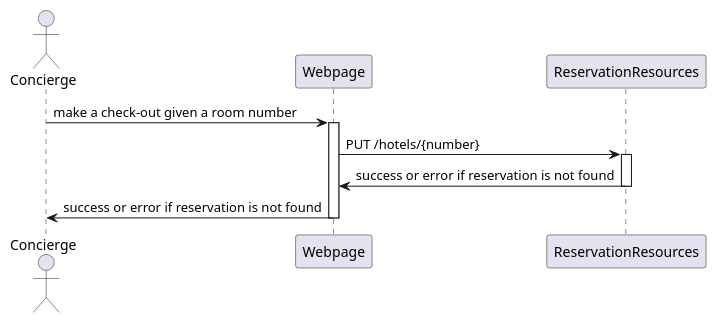
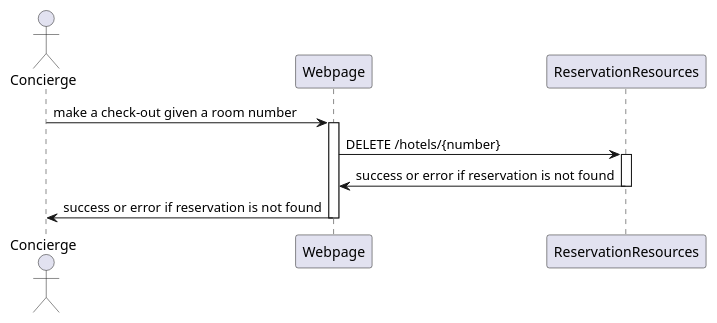
One commit to dearrudam/workshop-quarkus-jnosql-quarkus-club changed the diagram in doc/check-out.puml. Above: the diagram before and after it, drawn with PlantUML. The commit also changed 1 other file, not shown here.

```diff
--- a/doc/check-out.puml
+++ b/doc/check-out.puml
@@ -1,15 +1,15 @@
 @startuml
 
 actor Concierge
 
 
 Concierge -> Webpage: make a check-out given a room number
 activate Webpage
-Webpage -> ReservationResources: PUT /hotels/{number}
+Webpage -> ReservationResources: DELETE /hotels/{number}
 activate ReservationResources
 Webpage <- ReservationResources: success or error if reservation is not found
 deactivate ReservationResources
 Concierge <- Webpage: success or error if reservation is not found
 deactivate Webpage
 
 @enduml
```
